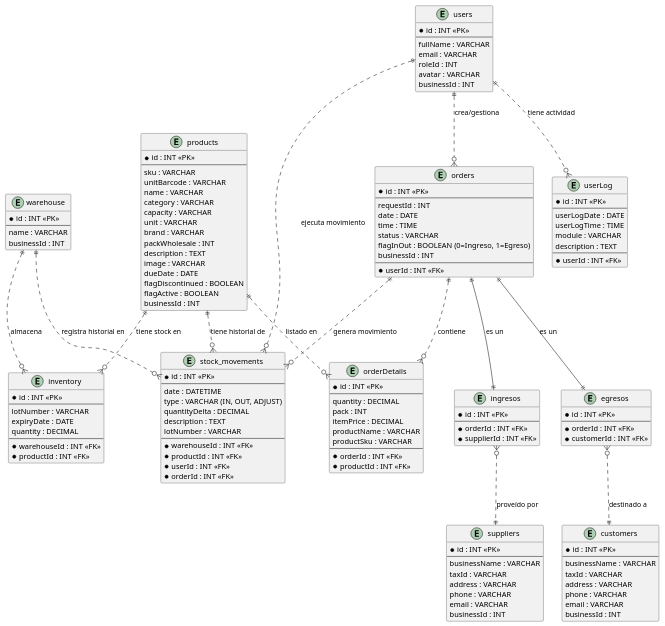
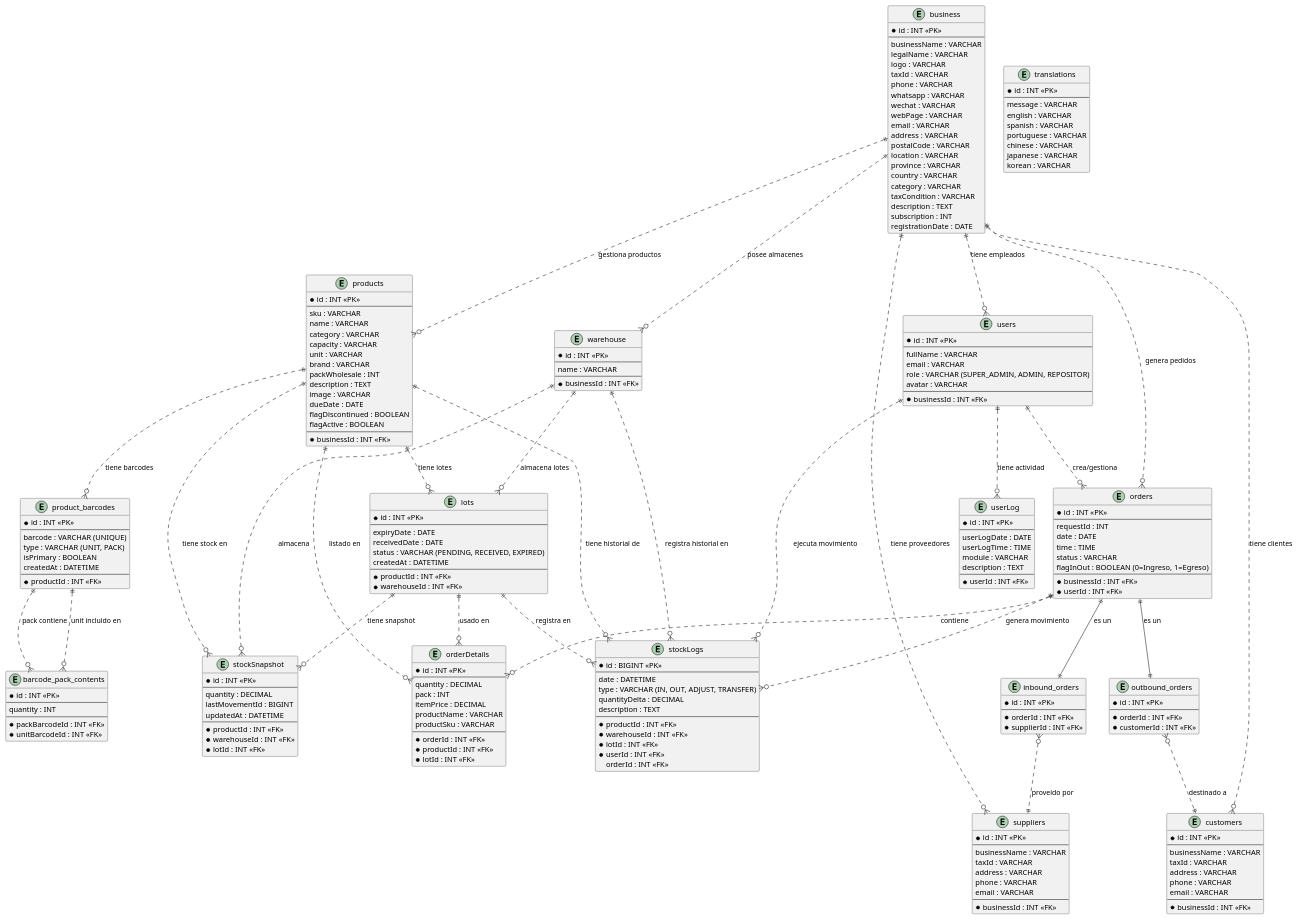
One commit to HaomaiDesign/Haomai-WMS changed the diagram in docs/data-model/DiagramaEntidadRelacion.puml. Above: the diagram before and after it, drawn with PlantUML. The commit also changed other lines of this file and 11 other files, not shown here.

```diff
--- a/docs/data-model/DiagramaEntidadRelacion.puml
+++ b/docs/data-model/DiagramaEntidadRelacion.puml
@@ -8,11 +8,34 @@
 
 ' Entidades Principales
 
+entity "business" as business {
+  *id : INT <<PK>>
+  --
+  businessName : VARCHAR
+  legalName : VARCHAR
+  logo : VARCHAR
+  taxId : VARCHAR
+  phone : VARCHAR
+  whatsapp : VARCHAR
+  wechat : VARCHAR
+  webPage : VARCHAR
+  email : VARCHAR
+  address : VARCHAR
+  postalCode : VARCHAR
+  location : VARCHAR
+  province : VARCHAR
+  country : VARCHAR
+  category : VARCHAR
+  taxCondition : VARCHAR
+  description : TEXT
+  subscription : INT
+  registrationDate : DATE
+}
+
 entity "products" as products {
   *id : INT <<PK>>
   --
   sku : VARCHAR
-  unitBarcode : VARCHAR
   name : VARCHAR
   category : VARCHAR
   capacity : VARCHAR
@@ -24,42 +47,80 @@
   dueDate : DATE
   flagDiscontinued : BOOLEAN
   flagActive : BOOLEAN
-  businessId : INT
+  --
+  *businessId : INT <<FK>>
 }
 
 entity "warehouse" as warehouse {
   *id : INT <<PK>>
   --
   name : VARCHAR
-  businessId : INT
+  --
+  *businessId : INT <<FK>>
 }
 
-' Nuevo esquema de Stock (Snapshot)
-entity "inventory" as inventory {
+' Lotes de Productos
+entity "lots" as lots {
   *id : INT <<PK>>
   --
-  lotNumber : VARCHAR
   expiryDate : DATE
-  quantity : DECIMAL
+  receivedDate : DATE
+  status : VARCHAR (PENDING, RECEIVED, EXPIRED)
+  createdAt : DATETIME
   --
+  *productId : INT <<FK>>
   *warehouseId : INT <<FK>>
+}
+
+' Múltiples Barcodes por Producto
+entity "product_barcodes" as product_barcodes {
+  *id : INT <<PK>>
+  --
+  barcode : VARCHAR (UNIQUE)
+  type : VARCHAR (UNIT, PACK)
+  isPrimary : BOOLEAN
+  createdAt : DATETIME
+  --
   *productId : INT <<FK>>
 }
 
-' Nuevo esquema de Movimientos (Log/Ledger)
-entity "stock_movements" as stock_movements {
+' Relación N:M entre Pack Barcodes y Unit Barcodes
+entity "barcode_pack_contents" as barcode_pack_contents {
   *id : INT <<PK>>
   --
+  quantity : INT
+  --
+  *packBarcodeId : INT <<FK>>
+  *unitBarcodeId : INT <<FK>>
+}
+
+' Snapshot de Stock (Vista Materializada)
+entity "stockSnapshot" as stockSnapshot {
+  *id : INT <<PK>>
+  --
+  quantity : DECIMAL
+  lastMovementId : BIGINT
+  updatedAt : DATETIME
+  --
+  *productId : INT <<FK>>
+  *warehouseId : INT <<FK>>
+  *lotId : INT <<FK>>
+}
+
+' Historial de Movimientos (Source of Truth)
+entity "stockLogs" as stockLogs {
+  *id : BIGINT <<PK>>
+  --
   date : DATETIME
-  type : VARCHAR (IN, OUT, ADJUST)
+  type : VARCHAR (IN, OUT, ADJUST, TRANSFER)
   quantityDelta : DECIMAL
   description : TEXT
-  lotNumber : VARCHAR
   --
+  *productId : INT <<FK>>
   *warehouseId : INT <<FK>>
-  *productId : INT <<FK>>
+  *lotId : INT <<FK>>
   *userId : INT <<FK>>
-  *orderId : INT <<FK>>
+  orderId : INT <<FK>>
 }
 
 entity "orders" as orders {
@@ -70,19 +131,19 @@
   time : TIME
   status : VARCHAR
   flagInOut : BOOLEAN (0=Ingreso, 1=Egreso)
-  businessId : INT
   --
+  *businessId : INT <<FK>>
   *userId : INT <<FK>>
 }
 
-entity "ingresos" as ingresos {
+entity "inbound_orders" as inbound_orders {
   *id : INT <<PK>>
   --
   *orderId : INT <<FK>>
   *supplierId : INT <<FK>>
 }
 
-entity "egresos" as egresos {
+entity "outbound_orders" as outbound_orders {
   *id : INT <<PK>>
   --
   *orderId : INT <<FK>>
@@ -100,6 +161,7 @@
   --
   *orderId : INT <<FK>>
   *productId : INT <<FK>>
+  *lotId : INT <<FK>>
 }
 
 entity "suppliers" as suppliers {
@@ -110,7 +172,8 @@
   address : VARCHAR
   phone : VARCHAR
   email : VARCHAR
-  businessId : INT
+  --
+  *businessId : INT <<FK>>
 }
 
 entity "customers" as customers {
@@ -121,7 +184,8 @@
   address : VARCHAR
   phone : VARCHAR
   email : VARCHAR
-  businessId : INT
+  --
+  *businessId : INT <<FK>>
 }
 
 entity "users" as users {
@@ -129,9 +193,10 @@
   --
   fullName : VARCHAR
   email : VARCHAR
-  roleId : INT
+  role : VARCHAR (SUPER_ADMIN, ADMIN, REPOSITOR)
   avatar : VARCHAR
-  businessId : INT
+  --
+  *businessId : INT <<FK>>
 }
 
 entity "userLog" as userLog {
@@ -145,17 +210,49 @@
   *userId : INT <<FK>>
 }
 
-' Relaciones
+entity "translations" as translations {
+  *id : INT <<PK>>
+  --
+  message : VARCHAR
+  english : VARCHAR
+  spanish : VARCHAR
+  portuguese : VARCHAR
+  chinese : VARCHAR
+  japanese : VARCHAR
+  korean : VARCHAR
+}
+
+' Relaciones con Business (empresa/organización)
+business ||..o{ users : "tiene empleados"
+business ||..o{ products : "gestiona productos"
+business ||..o{ warehouse : "posee almacenes"
+business ||..o{ orders : "genera pedidos"
+business ||..o{ suppliers : "tiene proveedores"
+business ||..o{ customers : "tiene clientes"
+
+' Lotes
+products ||..o{ lots : "tiene lotes"
+warehouse ||..o{ lots : "almacena lotes"
+
+' Barcodes
+products ||..o{ product_barcodes : "tiene barcodes"
+product_barcodes ||..o{ barcode_pack_contents : "pack contiene"
+product_barcodes ||..o{ barcode_pack_contents : "unit incluido en"
 
 ' Stock Snapshot
-warehouse ||..o{ inventory : "almacena"
-products ||..o{ inventory : "tiene stock en"
+lots ||..o{ stockSnapshot : "tiene snapshot"
+warehouse ||..o{ stockSnapshot : "almacena"
+products ||..o{ stockSnapshot : "tiene stock en"
 
-' Stock Movimientos
-warehouse ||..o{ stock_movements : "registra historial en"
-products ||..o{ stock_movements : "tiene historial de"
-users ||..o{ stock_movements : "ejecuta movimiento"
-orders ||..o{ stock_movements : "genera movimiento"
+' Stock Logs (Source of Truth)
+lots ||..o{ stockLogs : "registra en"
+warehouse ||..o{ stockLogs : "registra historial en"
+products ||..o{ stockLogs : "tiene historial de"
+users ||..o{ stockLogs : "ejecuta movimiento"
+orders ||..o{ stockLogs : "genera movimiento"
+
+' Order Details con Lote
+lots ||..o{ orderDetails : "usado en"
 
 ' Pedidos Generales
 orders ||..o{ orderDetails : "contiene"
@@ -163,11 +260,11 @@
 users ||..o{ orders : "crea/gestiona"
 
 ' Desglose de Pedidos (Ingresos vs Egresos)
-orders ||--|| ingresos : "es un"
-orders ||--|| egresos : "es un"
+orders ||--|| inbound_orders : "es un"
+orders ||--|| outbound_orders : "es un"
 
-ingresos }o..|| suppliers : "proveído por"
-egresos }o..|| customers : "destinado a"
+inbound_orders }o..|| suppliers : "proveído por"
+outbound_orders }o..|| customers : "destinado a"
 
 ' Auditoría
 users ||..o{ userLog : "tiene actividad"
```
